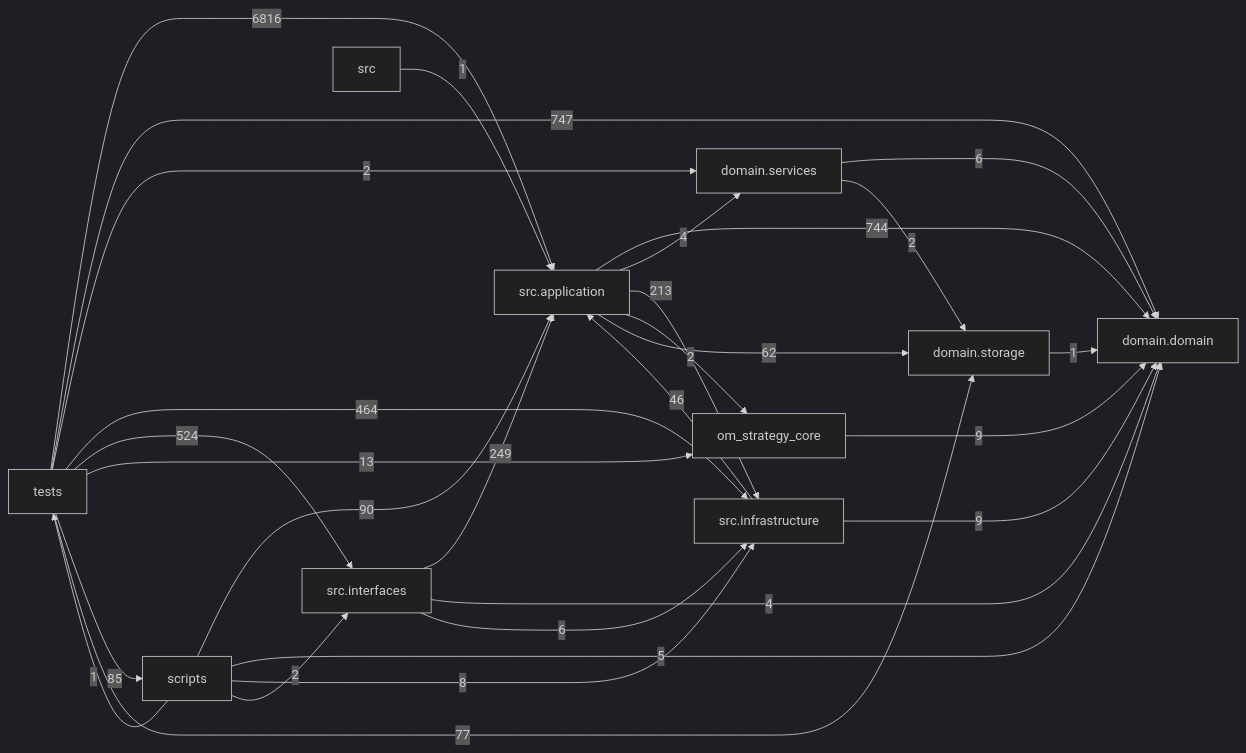
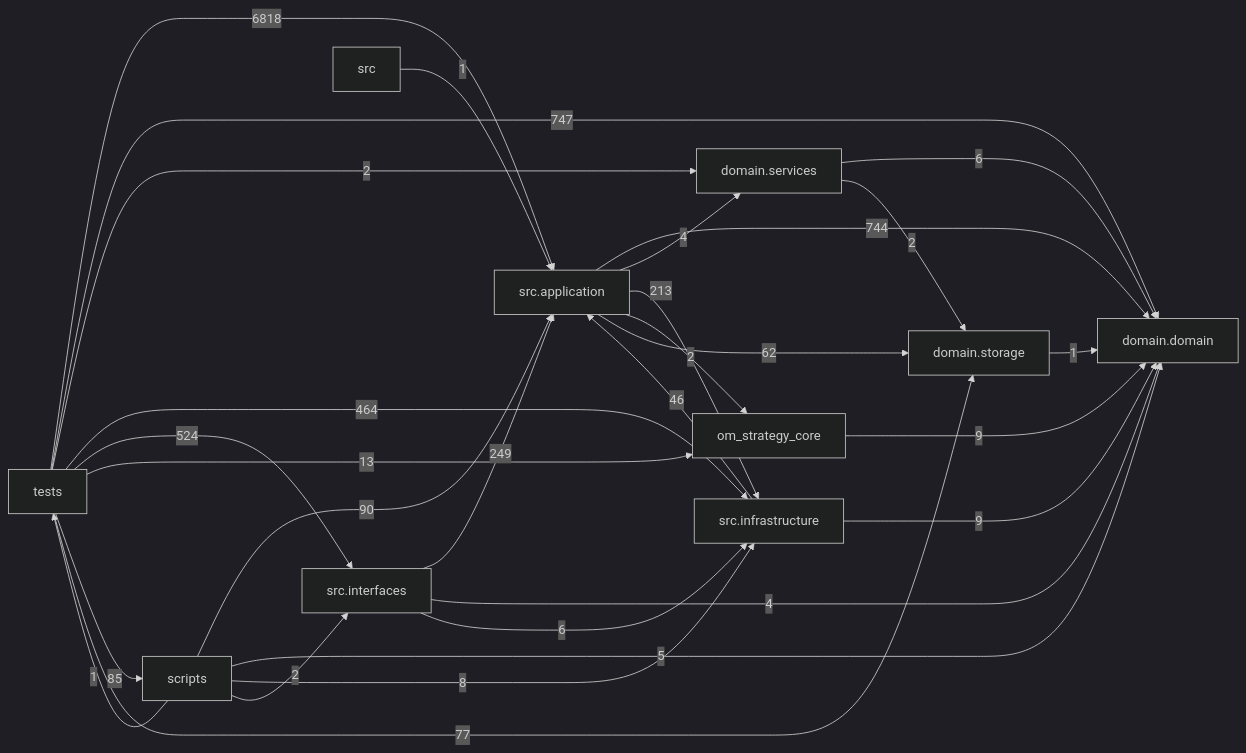
Before and after one commit to liuxie066/options-monitor: the diagram in docs/DEPENDENCY_GRAPH.md, drawn with Mermaid (dark theme). The commit also changed other lines of this file and 8 other files, not shown here.

````diff
--- a/docs/DEPENDENCY_GRAPH.md
+++ b/docs/DEPENDENCY_GRAPH.md
@@ -24,39 +24,39 @@
 ```mermaid
 flowchart LR
   tests["tests"]
   scripts["scripts"]
   interfaces["src.interfaces"]
   application["src.application"]
   infrastructure["src.infrastructure"]
   domain_services["domain.services"]
   domain["domain.domain"]
   storage["domain.storage"]
   application -->|744| domain
   application -->|4| domain_services
   application -->|213| infrastructure
   application -->|2| om_strategy_core
   application -->|62| storage
   domain_services -->|6| domain
   domain_services -->|2| storage
   infrastructure -->|46| application
   infrastructure -->|9| domain
   interfaces -->|249| application
   interfaces -->|4| domain
   interfaces -->|6| infrastructure
   om_strategy_core -->|9| domain
   scripts -->|90| application
   scripts -->|5| domain
   scripts -->|8| infrastructure
   scripts -->|2| interfaces
   scripts -->|1| tests
   src -->|1| application
   storage -->|1| domain
-  tests -->|6816| application
+  tests -->|6818| application
   tests -->|747| domain
   tests -->|2| domain_services
   tests -->|464| infrastructure
   tests -->|524| interfaces
   tests -->|13| om_strategy_core
   tests -->|85| scripts
   tests -->|77| storage
 ```
````
